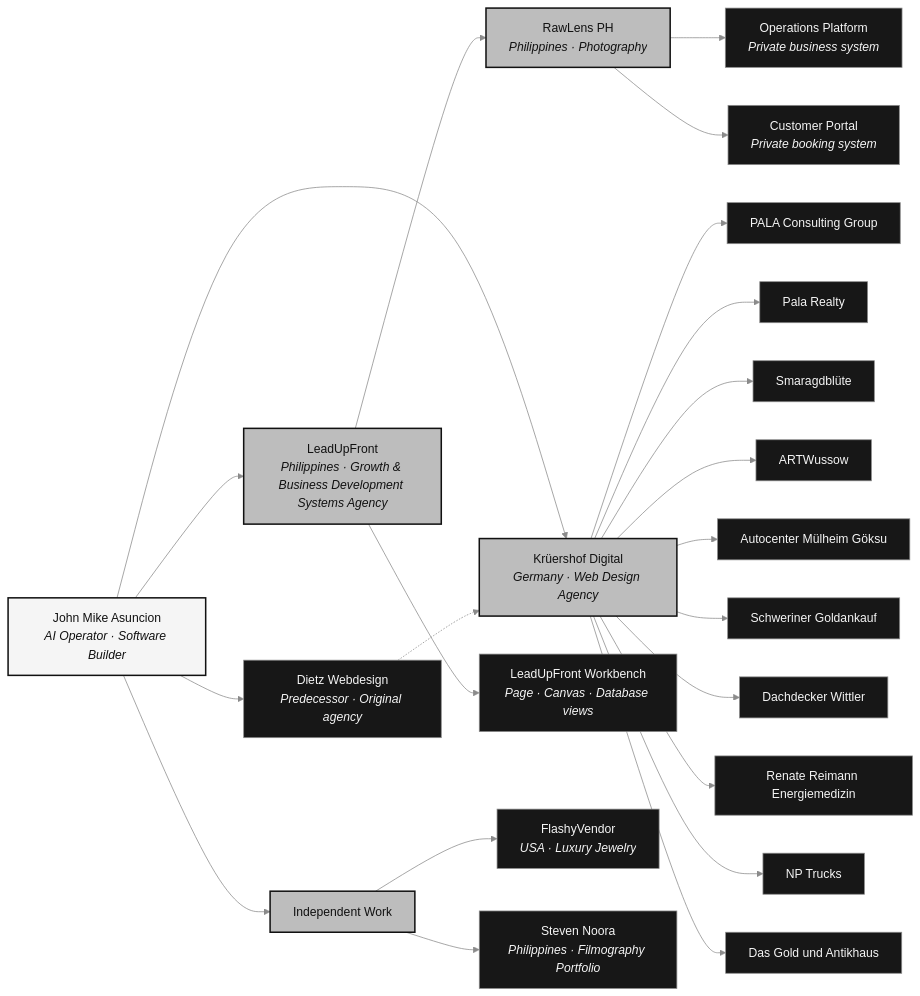
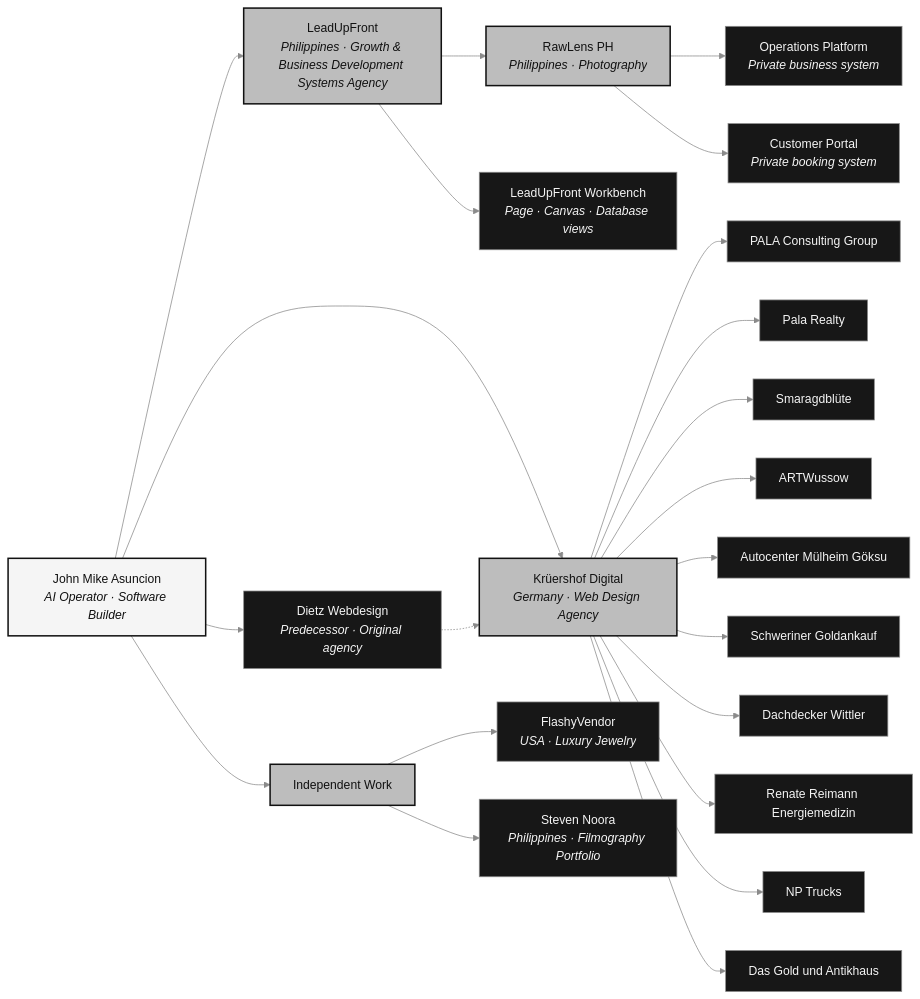
The diagram in README.md (mikeascendx/mikeascendx), drawn with Mermaid before and after one commit. The commit also changed other lines of this file and 5 other files, not shown here.

Commit message:
fix(profile): Use LeadUpFront login cover and reposition workbench

````diff
--- a/README.md
+++ b/README.md
@@ -141,42 +131,43 @@
 ```mermaid
 flowchart LR
     john["John Mike Asuncion<br/><i>AI Operator · Software Builder</i>"]
     leadupfront["LeadUpFront<br/><i>Philippines · Growth & Business Development Systems Agency</i>"]
     rawlens["RawLens PH<br/><i>Philippines · Photography</i>"]
+    workbench["LeadUpFront Workbench<br/><i>Page · Canvas · Database views</i>"]
     kruershof["Krüershof Digital<br/><i>Germany · Web Design Agency</i>"]
     independent["Independent Work"]
     dietz["Dietz Webdesign<br/><i>Predecessor · Original agency</i>"]
 
     john --> leadupfront
-    leadupfront --> workbench["LeadUpFront Workbench<br/><i>Page · Canvas · Database views</i>"]
+    leadupfront --> workbench
     leadupfront --> rawlens
     rawlens --> operations["Operations Platform<br/><i>Private business system</i>"]
     rawlens --> portal["Customer Portal<br/><i>Private booking system</i>"]
 
     john --> kruershof
     kruershof --> pala["PALA Consulting Group"]
     kruershof --> realty["Pala Realty"]
     kruershof --> smaragd["Smaragdblüte"]
     kruershof --> artwussow["ARTWussow"]
     kruershof --> autocenter["Autocenter Mülheim Göksu"]
     kruershof --> schweriner["Schweriner Goldankauf"]
     kruershof --> dachdecker["Dachdecker Wittler"]
     kruershof --> renate["Renate Reimann Energiemedizin"]
     kruershof --> nptrucks["NP Trucks"]
     kruershof --> goldantik["Das Gold und Antikhaus"]
 
     john --> independent
     independent --> flashy["FlashyVendor<br/><i>USA · Luxury Jewelry</i>"]
     independent --> steven["Steven Noora<br/><i>Philippines · Filmography Portfolio</i>"]
 
     john --> dietz
     dietz -.-> kruershof
 
     classDef root fill:#f5f5f5,stroke:#111111,color:#111111,stroke-width:2px
     classDef branch fill:#bdbdbd,stroke:#111111,color:#111111,stroke-width:2px
     classDef project fill:#171717,stroke:#8b8b8b,color:#f5f5f5
     class john root
     class kruershof,leadupfront,independent,rawlens branch
     class dietz,autocenter,dachdecker,smaragd,schweriner,nptrucks,renate,artwussow,pala,goldantik,realty,steven,flashy,operations,portal,workbench project
     linkStyle default stroke:#8b8b8b
 ```
````
